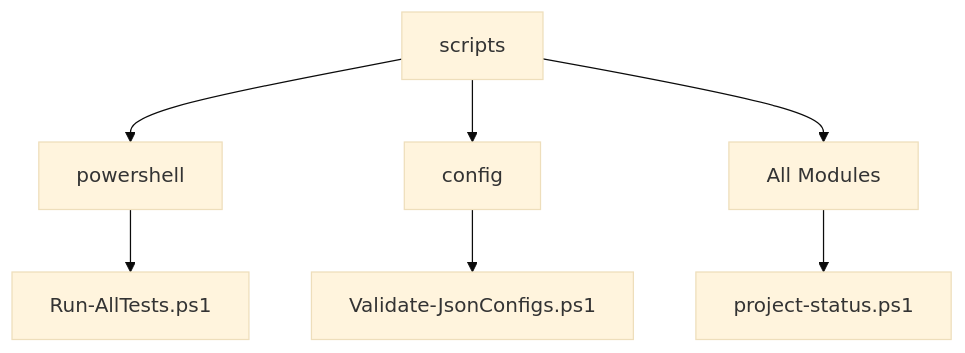
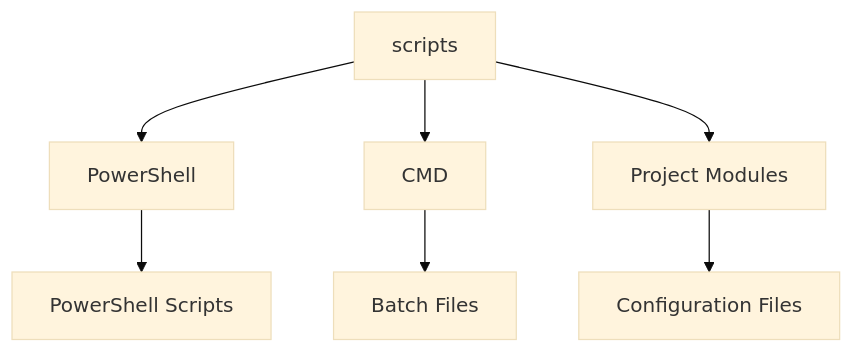
Before and after one commit to somls/dotfiles: the diagram in scripts/CLAUDE.md, drawn with Mermaid (base theme). The commit also changed other lines of this file and 3 other files, not shown here.

````diff
--- a/scripts/CLAUDE.md
+++ b/scripts/CLAUDE.md
@@ -13,10 +13,10 @@
 ```mermaid
 graph TD
-    A[scripts] --> B[powershell]
-    A --> C[config]
-    A --> D[All Modules]
+    A[scripts] --> B[PowerShell]
+    A --> C[CMD]
+    A --> D[Project Modules]
     
-    B --> E[Run-AllTests.ps1]
-    C --> F[Validate-JsonConfigs.ps1]
-    D --> G[project-status.ps1]
+    B --> E[PowerShell Scripts]
+    C --> F[Batch Files]
+    D --> G[Configuration Files]
 ```
````
